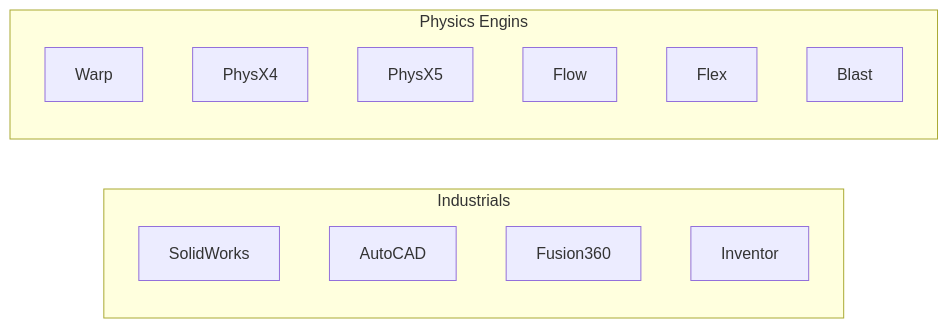
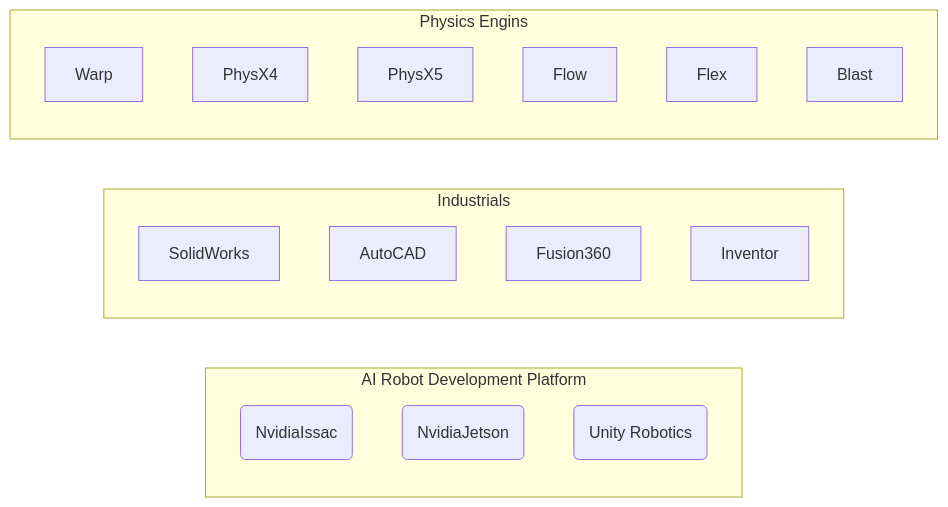
Before and after one commit to nihonXIM/XIR: the first of 3 diagrams in Simulation.md, drawn with Mermaid. The commit also changed other lines of this file, not shown here.

````diff
--- a/Simulation.md
+++ b/Simulation.md
@@ -6,20 +6,26 @@
 ```mermaid
 flowchart LR
+    
+    subgraph AI Robot Development Platform 
+        NI(NvidiaIssac)
+        NJ(NvidiaJetson)
+        UR(Unity Robotics)
+    end
+    
     subgraph Industrials
         SolidWorks
         AutoCAD
         Fusion360
         Inventor
     end
     
     subgraph Physics Engins 
         Warp
         PhysX4
         PhysX5
         Flow
         Flex
         Blast
     end
-    click warp 'https://github.com/NVIDIA/warp'
 
 ```
````
